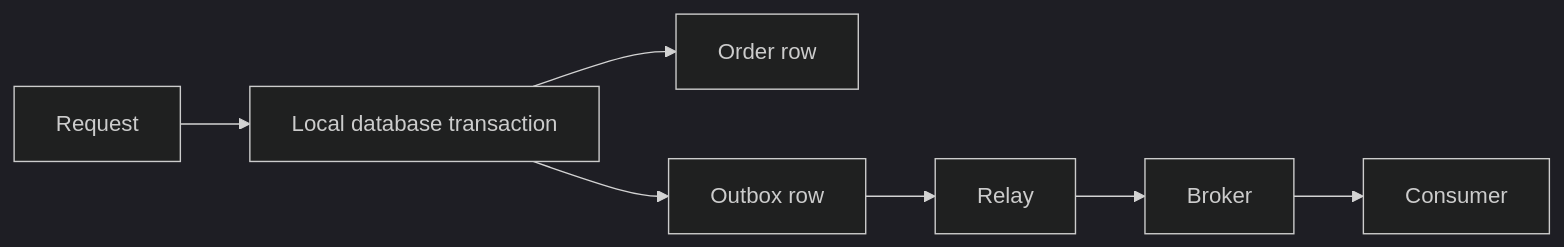
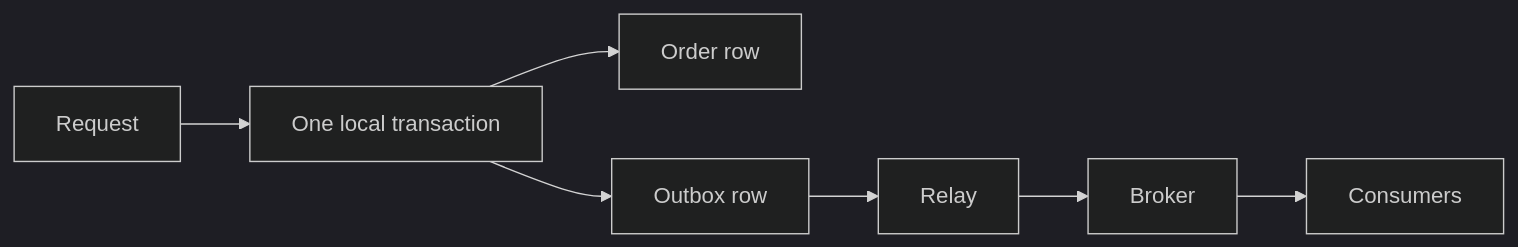
The second of 3 diagrams in src/content/docs/microservices/outbox-and-delivery.md (vasu2912/dev-handbook), drawn with Mermaid (dark theme) before and after one commit. The commit also changed other lines of this file and 14 other files, not shown here.

````diff
--- a/src/content/docs/microservices/outbox-and-delivery.md
+++ b/src/content/docs/microservices/outbox-and-delivery.md
@@ -12,9 +63,9 @@
-```mermaid
+```mermaid #fig-outbox The transactional outbox. The order and its event commit in one local transaction, and a relay publishes the event afterwards.
 flowchart LR
-    Request --> Transaction[Local database transaction]
-    Transaction --> Order[Order row]
-    Transaction --> Outbox[Outbox row]
-    Outbox --> Relay
-    Relay --> Broker
-    Broker --> Consumer
+  R[Request] --> T[One local transaction]
+  T --> OR[Order row]
+  T --> OB[Outbox row]
+  OB --> RL[Relay]
+  RL --> K[Broker]
+  K --> C[Consumers]
 ```
````
